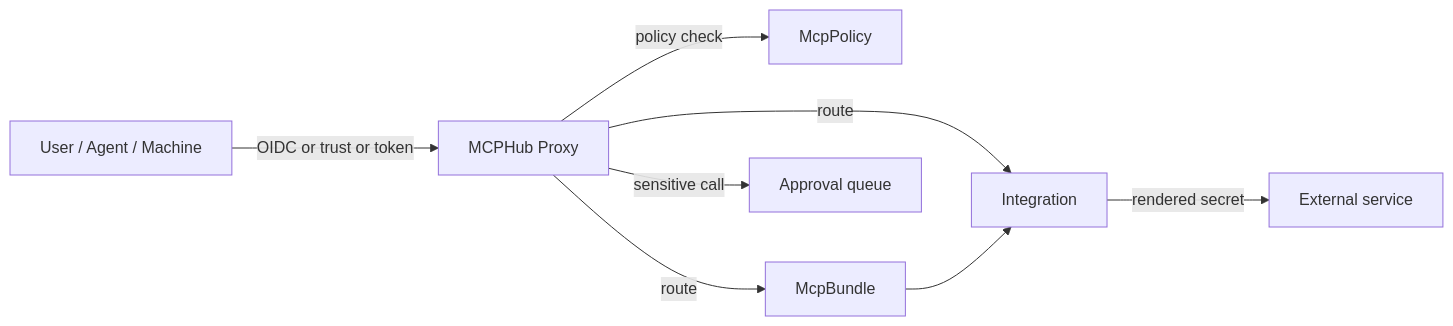
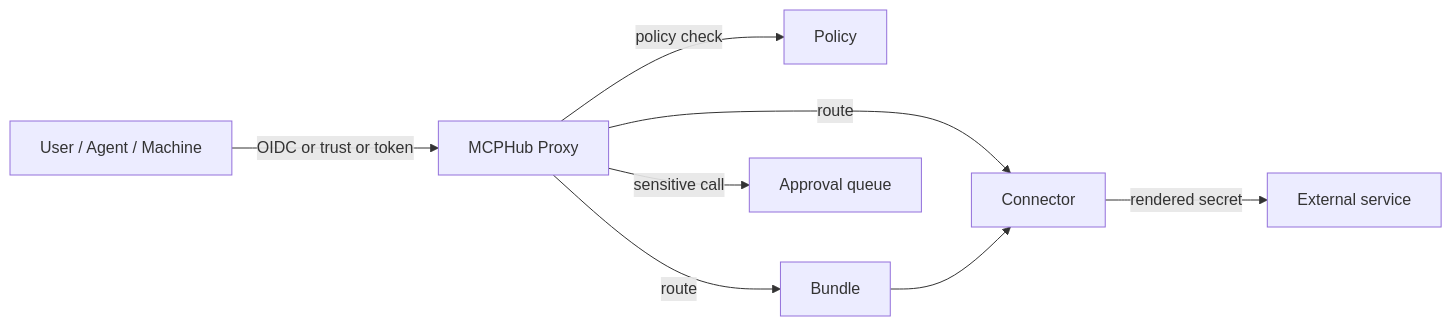
One commit to yurifrl/tennon changed the diagram in docs/02-concepts.md. Above: the diagram before and after it, drawn with Mermaid. The commit also changed other lines of this file and 23 other files, not shown here.

````diff
--- a/docs/02-concepts.md
+++ b/docs/02-concepts.md
@@ -121,10 +118,10 @@
 ```mermaid
 graph LR
   U[User / Agent / Machine] -->|OIDC or trust or token| P[MCPHub Proxy]
-  P -->|policy check| POL[McpPolicy]
-  P -->|route| MCP[Integration]
-  P -->|route| B[McpBundle]
+  P -->|policy check| POL[Policy]
+  P -->|route| MCP[Connector]
+  P -->|route| B[Bundle]
   B --> MCP
   MCP -->|rendered secret| EXT[External service]
   P -->|sensitive call| AP[Approval queue]
 ```
````
